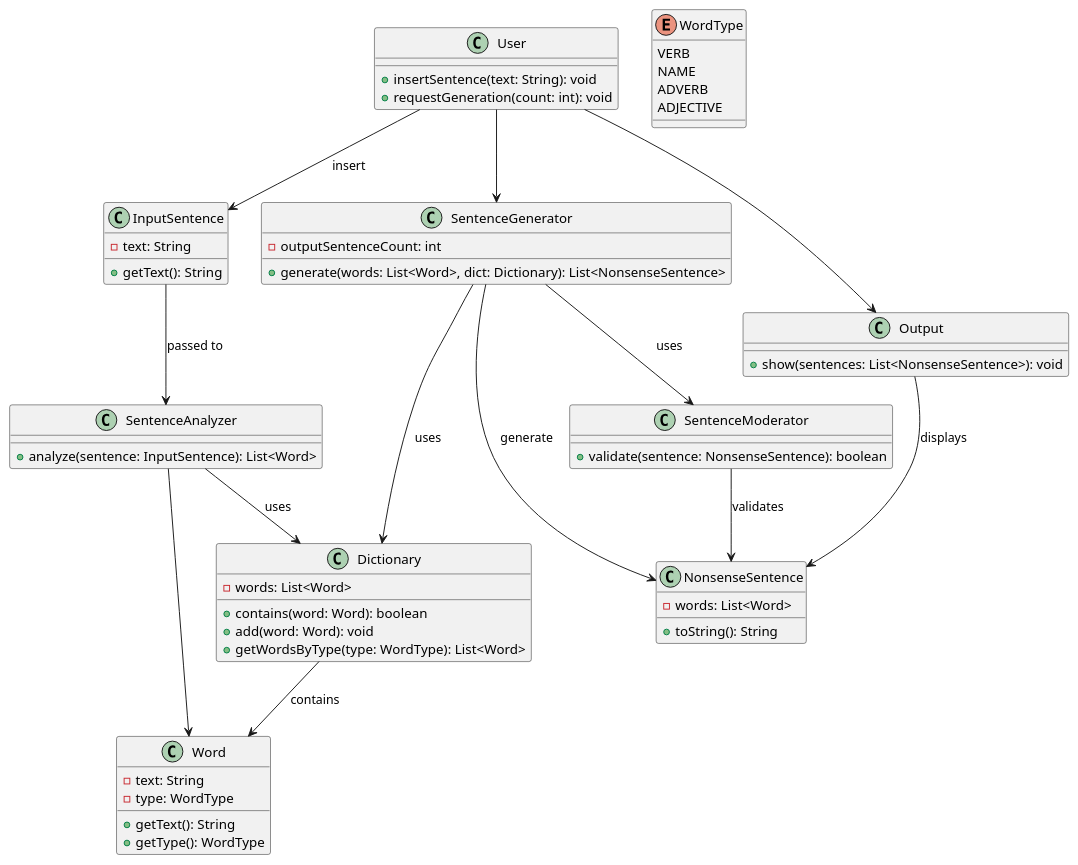
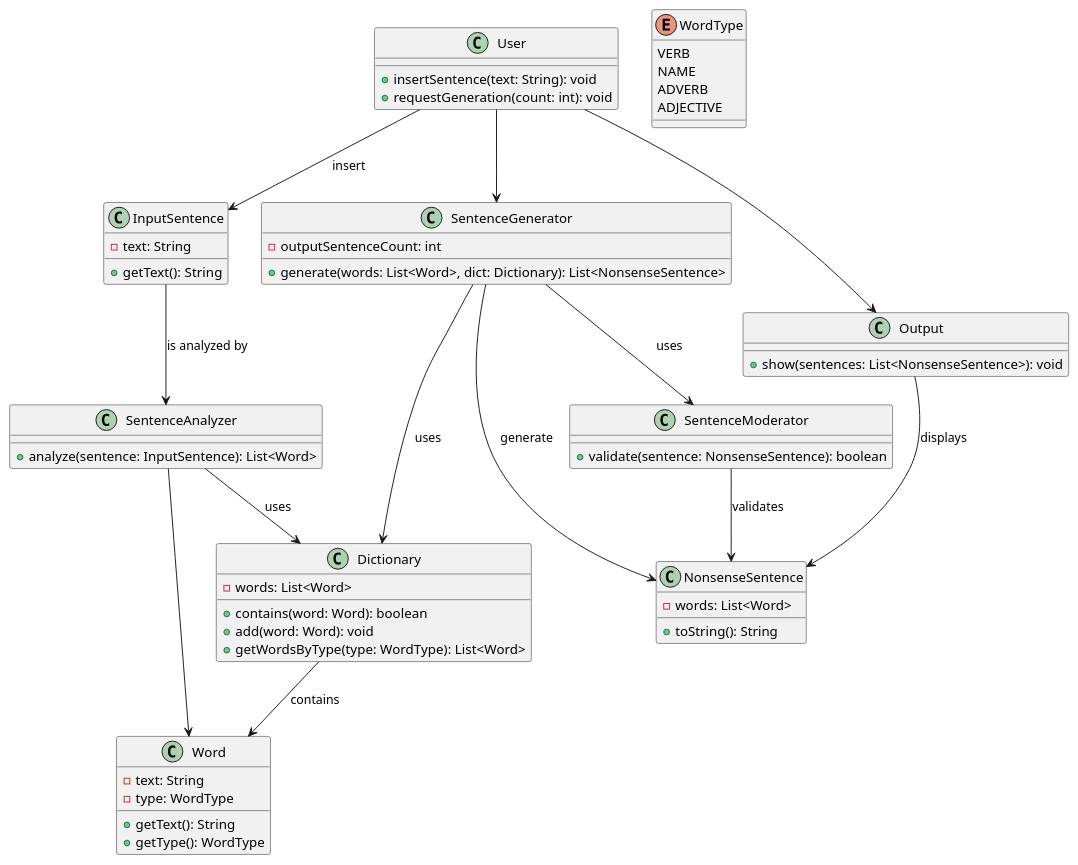
Before and after one commit to TognonGiac/nonsensegenerator: the diagram in docs/resources/Class_Diagram.md, drawn with PlantUML.

````diff
--- a/docs/resources/Class_Diagram.md
+++ b/docs/resources/Class_Diagram.md
@@ -5,69 +5,69 @@
 ```plantuml
 @startuml
 class User {
   + insertSentence(text: String): void
   + requestGeneration(count: int): void
 }
 
 class InputSentence {
   - text: String
   + getText(): String
 }
 
 class Word {
   - text: String
   - type: WordType
   + getText(): String
   + getType(): WordType
 }
 
 enum WordType {
   VERB
   NAME
   ADVERB
   ADJECTIVE
 }
 
 class Dictionary {
   - words: List<Word>
   + contains(word: Word): boolean
   + add(word: Word): void
   + getWordsByType(type: WordType): List<Word>
 }
 
 class SentenceAnalyzer {
   + analyze(sentence: InputSentence): List<Word>
 }
 
 class SentenceGenerator {
   - outputSentenceCount: int
   + generate(words: List<Word>, dict: Dictionary): List<NonsenseSentence>
 }
 
 class NonsenseSentence {
   - words: List<Word>
   + toString(): String
 }
 
 class SentenceModerator {
   + validate(sentence: NonsenseSentence): boolean
 }
 
 class Output {
   + show(sentences: List<NonsenseSentence>): void
 }
 
 User --> InputSentence : insert
 User --> SentenceGenerator 
-InputSentence --> SentenceAnalyzer : passed to
+InputSentence --> SentenceAnalyzer : is analyzed by
 SentenceAnalyzer --> Word
 SentenceAnalyzer --> Dictionary : uses
 Dictionary --> Word : contains
 SentenceGenerator --> Dictionary : uses
 SentenceGenerator --> NonsenseSentence : generate
-SentenceGenerator --> SentenceModerator :uses 
+SentenceGenerator --> SentenceModerator : uses 
 SentenceModerator --> NonsenseSentence : validates
 User --> Output 
 Output --> NonsenseSentence : displays
 @enduml
 ```
````
